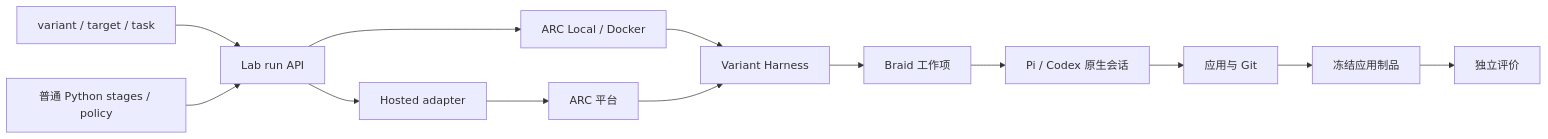
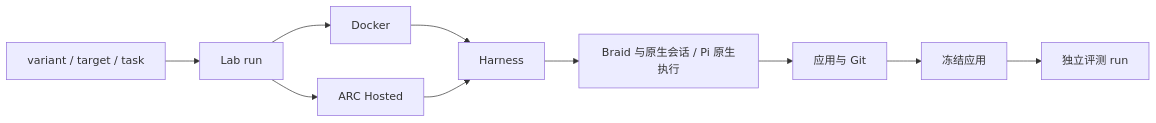
Before and after one commit to xiaoland/gosim-factory26: the diagram in docs/product-tdd/index.md, drawn with Mermaid. The commit also changed other lines of this file and 1694 other files, not shown here.

````diff
--- a/docs/product-tdd/index.md
+++ b/docs/product-tdd/index.md
@@ -35,15 +17,12 @@
 ```mermaid
 flowchart LR
-  CLI[variant / target / task] --> Run[Lab run API]
-  Python[普通 Python stages / policy] --> Run
-  Run --> Local[ARC Local / Docker]
-  Run --> Hosted[Hosted adapter]
-  Local --> Harness[Variant Harness]
-  Hosted --> Platform[ARC 平台]
-  Platform --> Harness
-  Harness --> Braid[Braid 工作项]
-  Braid --> Native[Pi / Codex 原生会话]
+  Input[variant / target / task] --> Lab[Lab run]
+  Lab --> Local[Docker]
+  Lab --> Hosted[ARC Hosted]
+  Local --> Harness[Harness]
+  Hosted --> Harness
+  Harness --> Native[Braid 与原生会话 / Pi 原生执行]
   Native --> App[应用与 Git]
-  App --> Frozen[冻结应用制品]
-  Frozen --> Eval[独立评价]
+  App --> Snapshot[冻结应用]
+  Snapshot --> Eval[独立评测 run]
 ```
````
